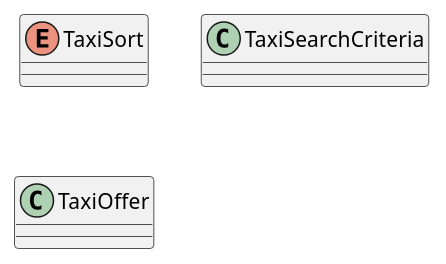
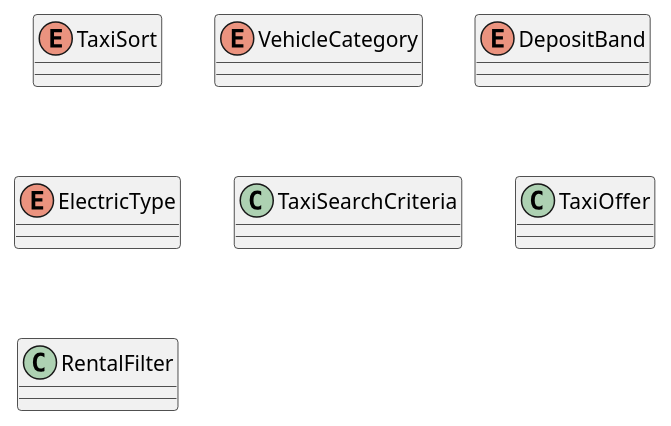
Before and after one commit to BKien/figma_spec: the diagram in Travel Booking App Web & Mobile/uc/uc-11-filter-and-sort-taxi-results.md, drawn with PlantUML. The commit also changed other lines of this file and 96 other files, not shown here.

````diff
--- a/Travel Booking App Web & Mobile/uc/uc-11-filter-and-sort-taxi-results.md
+++ b/Travel Booking App Web & Mobile/uc/uc-11-filter-and-sort-taxi-results.md
@@ -58,7 +58,11 @@
 ```plantuml
 @startuml
 enum TaxiSort
+enum VehicleCategory
+enum DepositBand
+enum ElectricType
 class TaxiSearchCriteria
 class TaxiOffer
+class RentalFilter
 @enduml
 ```
````
